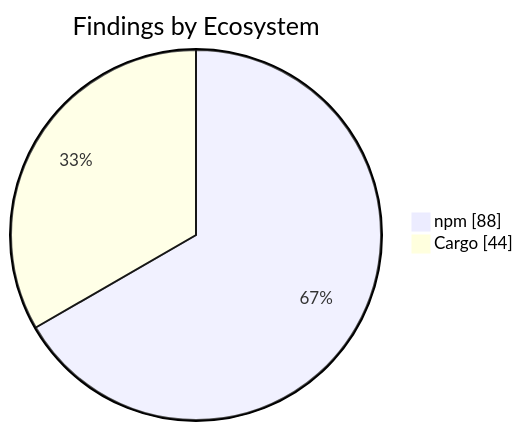
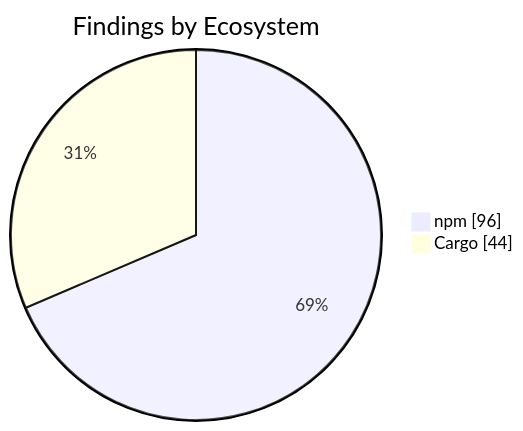
One commit to KBVE/kbve changed the second of 2 diagrams in apps/kbve/astro-kbve/src/content/docs/dashboard/security.mdx. Above: the diagram before and after it, drawn with Mermaid. The commit also changed other lines of this file and 8 other files, not shown here.

````diff
--- a/apps/kbve/astro-kbve/src/content/docs/dashboard/security.mdx
+++ b/apps/kbve/astro-kbve/src/content/docs/dashboard/security.mdx
@@ -73,6 +73,6 @@
 ```mermaid
 pie showData
     title Findings by Ecosystem
-    "npm" : 88
+    "npm" : 96
     "Cargo" : 44
 ```
````
